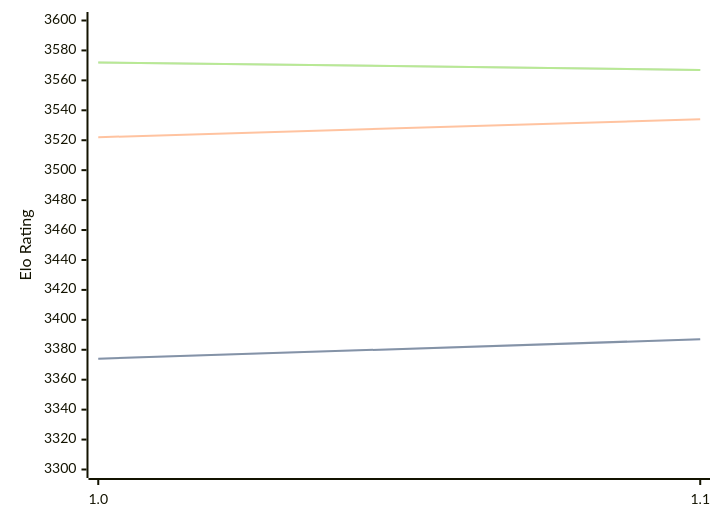
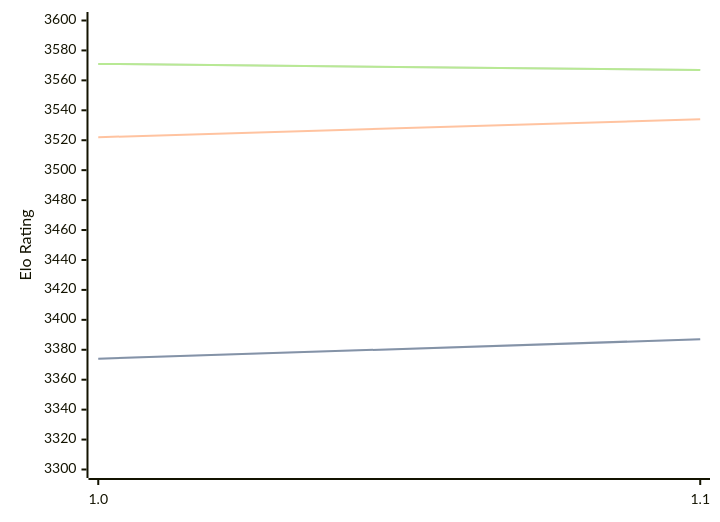
Before and after one commit to computer-chess-index/cci: the diagram in engines/Horsie.md, drawn with Mermaid. The commit also changed other lines of this file, not shown here.

Commit message:
Update CCI Ratings (ELO VLTC) - 2026-04-20

````diff
--- a/engines/Horsie.md
+++ b/engines/Horsie.md
@@ -32,11 +32,11 @@
 ```mermaid
 %%{init: {"theme":"base","themeVariables":{"seriesColors:['#a3a3a3','#222221','#faa371']}}}%%
 xychart-beta
   x-axis ["1.0", "1.1"]
   y-axis "Elo Rating" 3300 --> 3600
   line "STC (8.0+0.08s)" [3374, 3387]
   line "STC (8.0+0.08s)" [3374, 3387]
   line "LTC (60.0+0.60s)" [3522, 3534]
-  line "VLTC (2m24s+1.12s)" [3572, 3567]
-  line "VLTC (2m24s+1.12s)" [3572, 3567]
+  line "VLTC (2m24s+1.12s)" [3571, 3567]
+  line "VLTC (2m24s+1.12s)" [3571, 3567]
 ```
````
